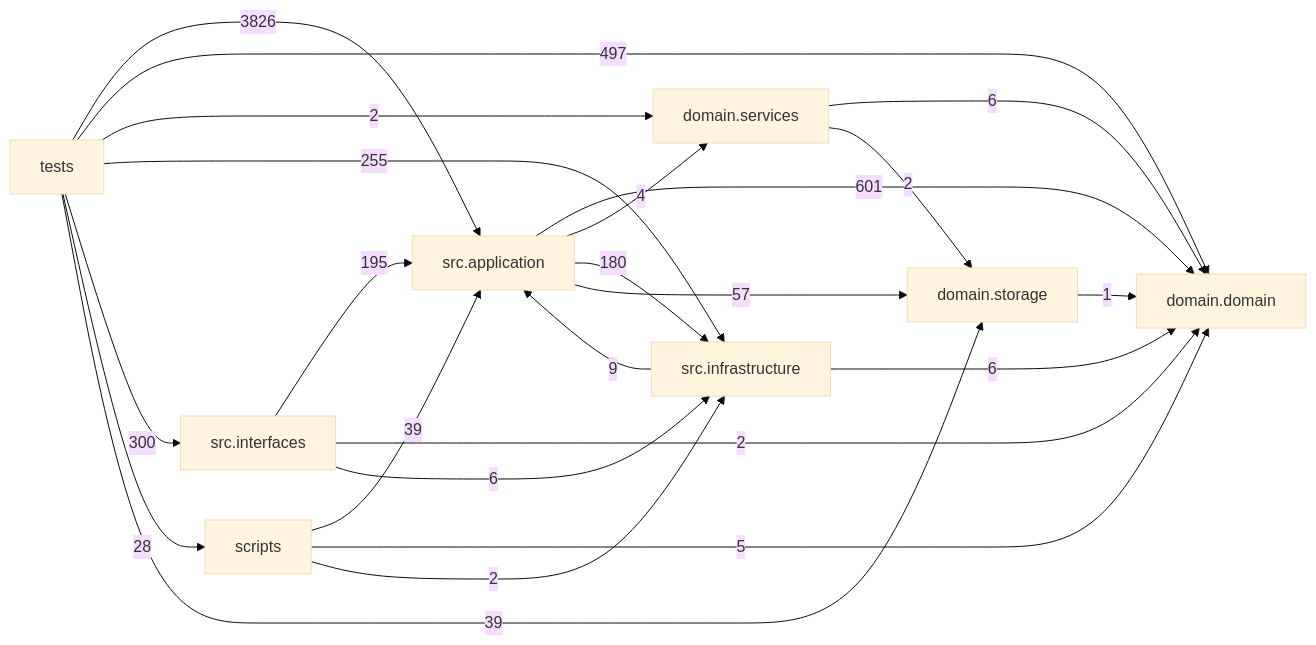
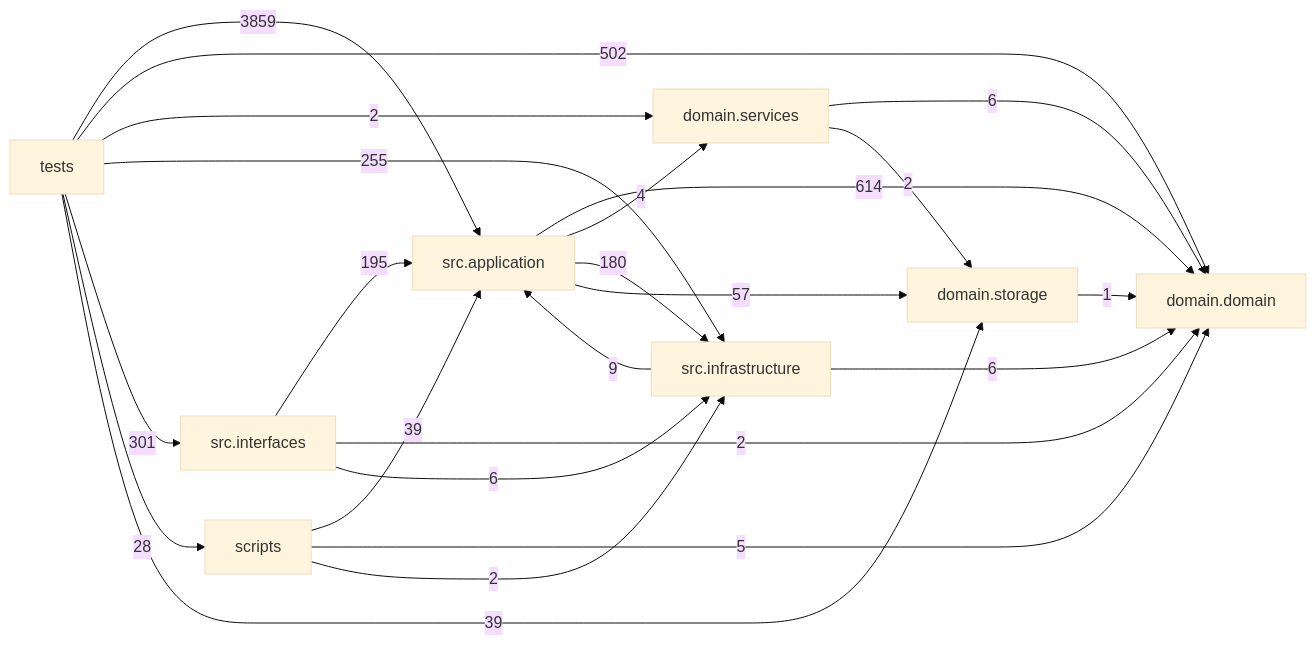
One commit to liuxie066/options-monitor changed the diagram in docs/DEPENDENCY_GRAPH.md. Above: the diagram before and after it, drawn with Mermaid (base theme). The commit also changed other lines of this file and 27 other files, not shown here.

````diff
--- a/docs/DEPENDENCY_GRAPH.md
+++ b/docs/DEPENDENCY_GRAPH.md
@@ -24,33 +24,33 @@
 ```mermaid
 flowchart LR
   tests["tests"]
   scripts["scripts"]
   interfaces["src.interfaces"]
   application["src.application"]
   infrastructure["src.infrastructure"]
   domain_services["domain.services"]
   domain["domain.domain"]
   storage["domain.storage"]
-  application -->|601| domain
+  application -->|614| domain
   application -->|4| domain_services
   application -->|180| infrastructure
   application -->|57| storage
   domain_services -->|6| domain
   domain_services -->|2| storage
   infrastructure -->|9| application
   infrastructure -->|6| domain
   interfaces -->|195| application
   interfaces -->|2| domain
   interfaces -->|6| infrastructure
   scripts -->|39| application
   scripts -->|5| domain
   scripts -->|2| infrastructure
   storage -->|1| domain
-  tests -->|3826| application
-  tests -->|497| domain
+  tests -->|3859| application
+  tests -->|502| domain
   tests -->|2| domain_services
   tests -->|255| infrastructure
-  tests -->|300| interfaces
+  tests -->|301| interfaces
   tests -->|28| scripts
   tests -->|39| storage
 ```
````
